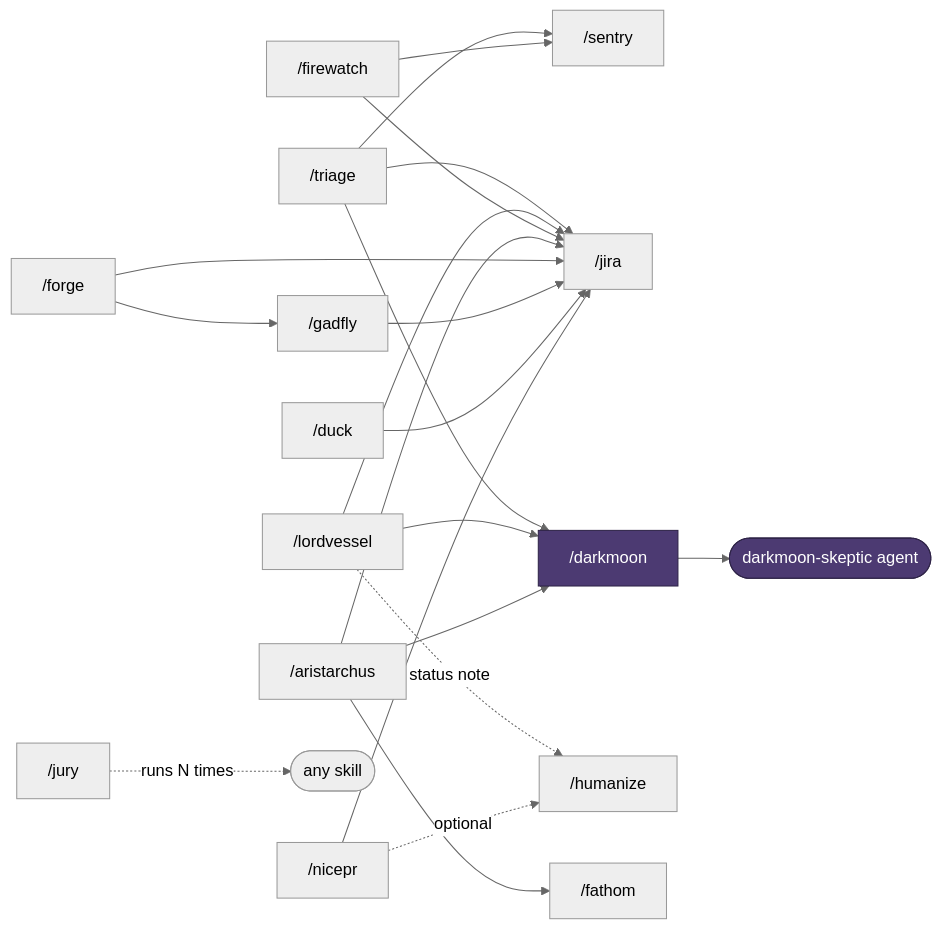
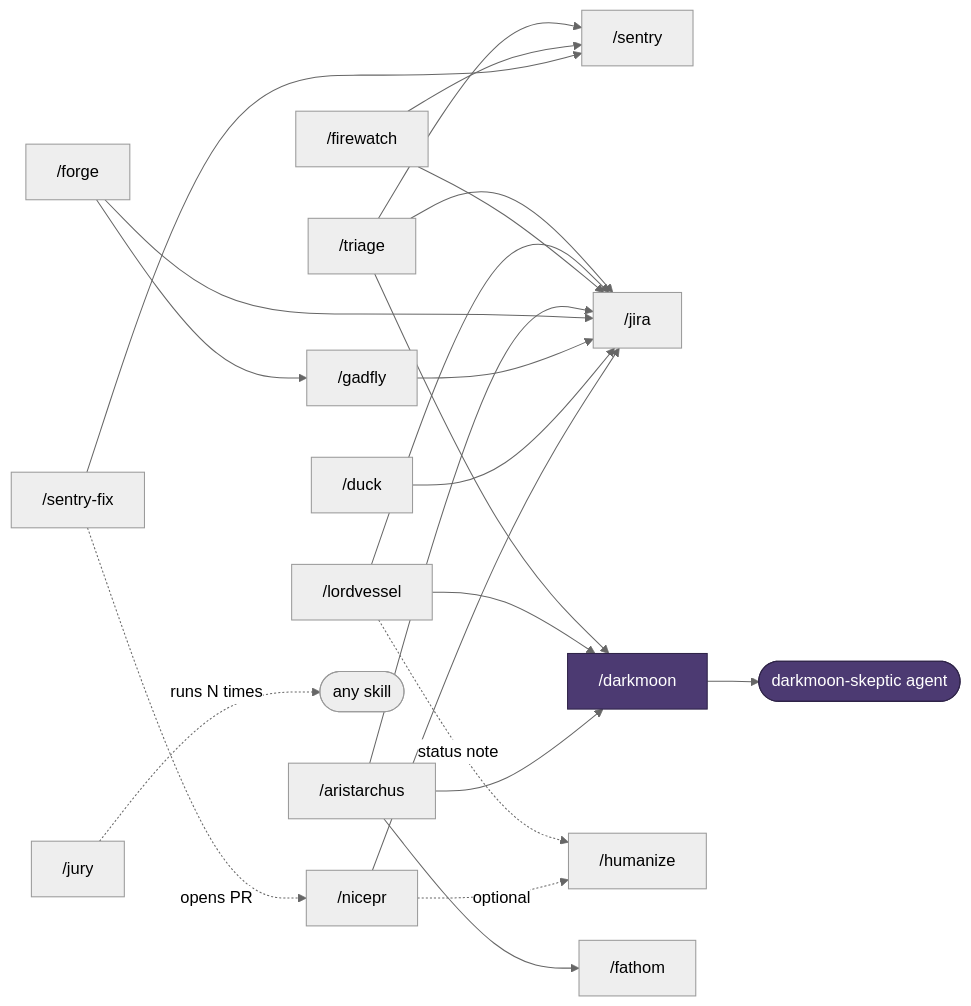
One commit to sgtlaugh/skills changed the diagram in README.md. Above: the diagram before and after it, drawn with Mermaid (neutral theme). The commit also changed other lines of this file and 3 other files, not shown here.

````diff
--- a/README.md
+++ b/README.md
@@ -78,25 +79,27 @@
 ```mermaid
 flowchart LR
     triage["/triage"] --> sentry["/sentry"]
     triage --> jira["/jira"]
     triage --> darkmoon["/darkmoon"]
     lordvessel["/lordvessel"] --> jira
     lordvessel --> darkmoon
     lordvessel -. status note .-> humanize
     firewatch["/firewatch"] --> sentry
+    sentryfix["/sentry-fix"] --> sentry
+    sentryfix -. opens PR .-> nicepr
     firewatch --> jira
     aristarchus["/aristarchus"] --> darkmoon
     aristarchus --> fathom["/fathom"]
     aristarchus --> jira
     forge["/forge"] --> gadfly["/gadfly"]
     forge --> jira
     gadfly --> jira
     duck["/duck"] --> jira
     nicepr["/nicepr"] --> jira
     nicepr -. optional .-> humanize["/humanize"]
     jury["/jury"] -. runs N times .-> anyskill([any skill])
     darkmoon --> skeptic([darkmoon-skeptic agent])
 
     classDef verifier fill:#4c3a72,stroke:#2e2347,color:#fff
     class darkmoon,skeptic verifier
 ```
````
